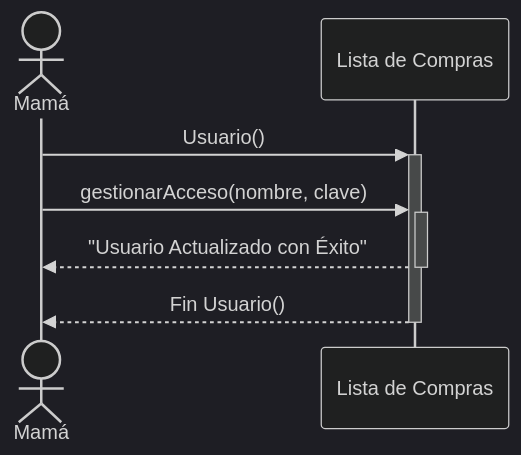
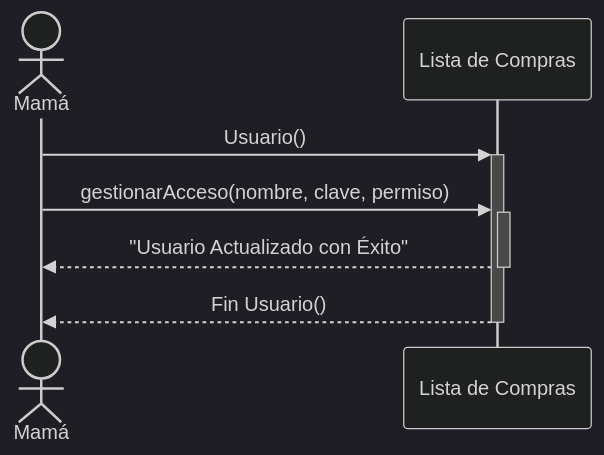
Before and after one commit to LocoUnPocoNadaMas/Lista-Compras: the eighth of 11 diagrams in README.md, drawn with Mermaid (dark theme). The commit also changed other lines of this file and 5 other files, not shown here.

````diff
--- a/README.md
+++ b/README.md
@@ -664,8 +669,8 @@
 ```mermaid
 sequenceDiagram
     Actor Mamá
     Mamá->>+Lista de Compras: Usuario()
-    Mamá->>+Lista de Compras: gestionarAcceso(nombre, clave)
+    Mamá->>+Lista de Compras: gestionarAcceso(nombre, clave, permiso)
     Lista de Compras-->>-Mamá: "Usuario Actualizado con Éxito"
     Lista de Compras-->>-Mamá: Fin Usuario()
 ```
````
